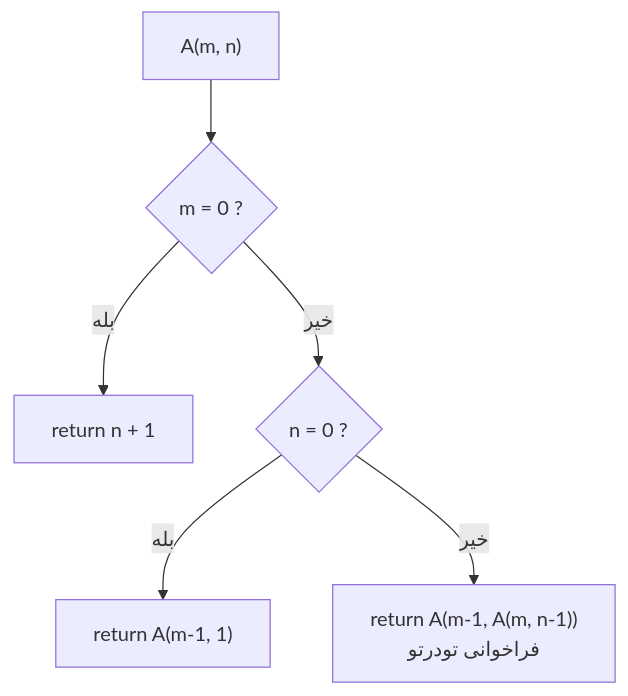
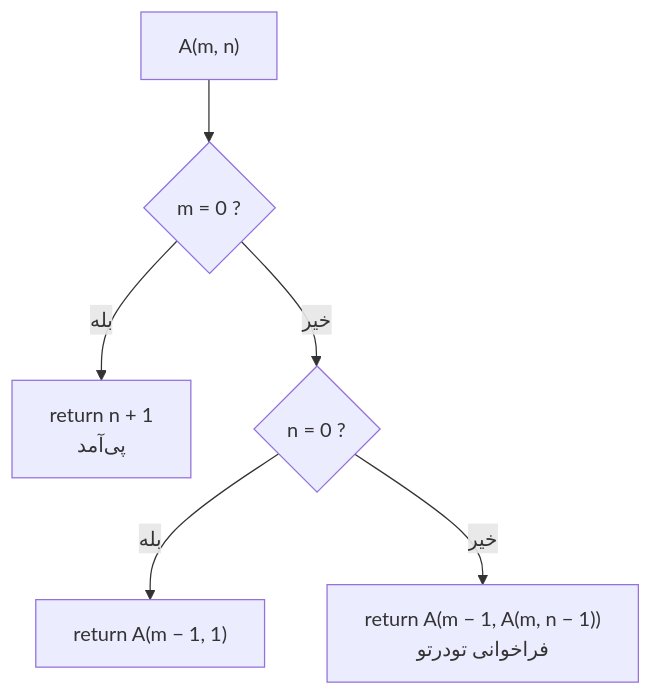
The fifth of 9 diagrams in book/lessons/ch04-functions-recursion/supplementary.md (fum-cs/fundamentals-of-programming), drawn with Mermaid before and after one commit. The commit also changed other lines of this file and 63 other files, not shown here.

````diff
--- a/book/lessons/ch04-functions-recursion/supplementary.md
+++ b/book/lessons/ch04-functions-recursion/supplementary.md
@@ -380,8 +617,8 @@
 ```mermaid
 flowchart TD
     A["A(m, n)"] --> B{"m = 0 ?"}
-    B -- بله --> C["return n + 1"]
+    B -- بله --> C["return n + 1<br/>پی‌آمد"]
     B -- خیر --> D{"n = 0 ?"}
-    D -- بله --> E["return A(m-1, 1)"]
-    D -- خیر --> F["return A(m-1, A(m, n-1))<br/>فراخوانی تودرتو"]
+    D -- بله --> E["return A(m − 1, 1)"]
+    D -- خیر --> F["return A(m − 1, A(m, n − 1))<br/>فراخوانی تودرتو"]
 ```
````
